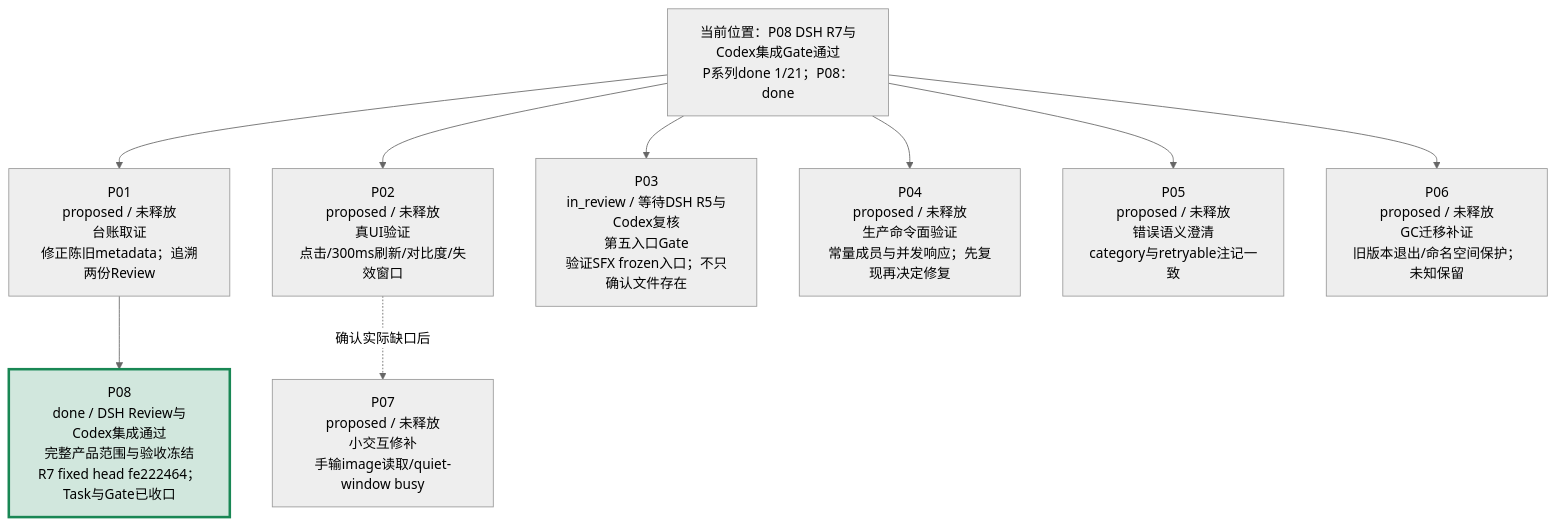
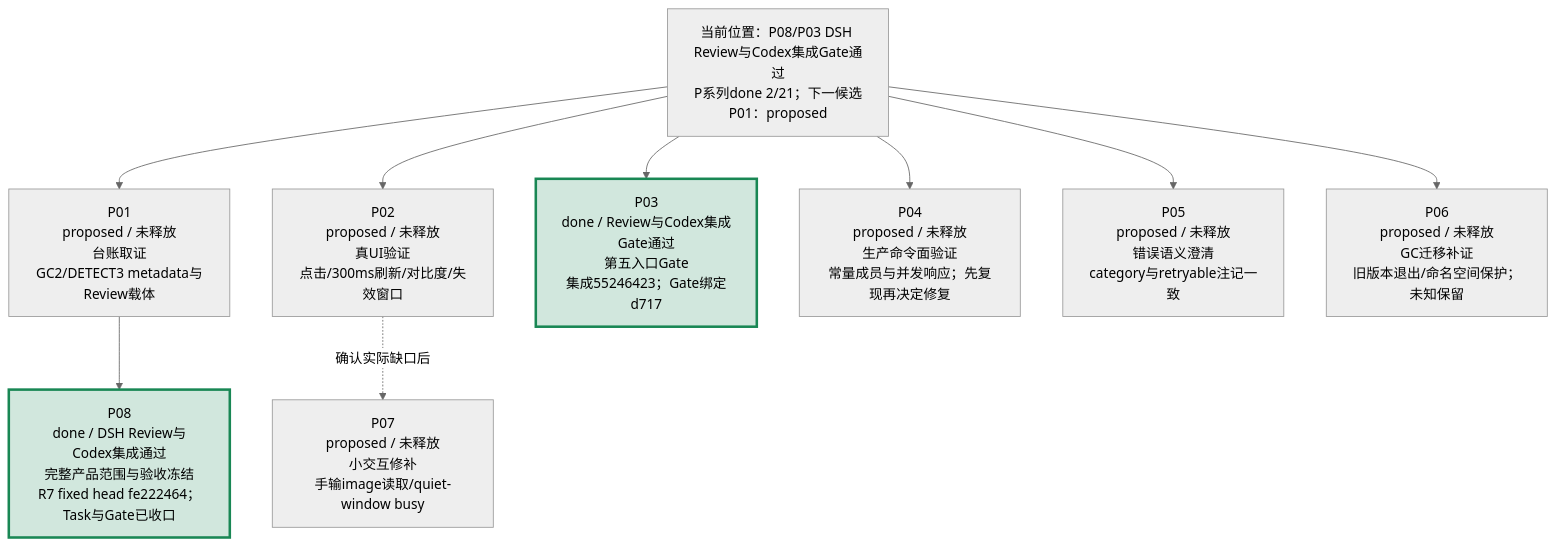
The second of 4 diagrams in verification/PROJECT-ROADMAP-20261008/ROADMAP.md (peakwheat-pixel/New-Manga), drawn with Mermaid (neutral theme) before and after one commit. The commit also changed other lines of this file and 11 other files, not shown here.

````diff
--- a/verification/PROJECT-ROADMAP-20261008/ROADMAP.md
+++ b/verification/PROJECT-ROADMAP-20261008/ROADMAP.md
@@ -30,12 +30,13 @@
 ```mermaid
 flowchart TB
-  BASE["当前位置：P08 DSH R7与Codex集成Gate通过<br/>P系列done 1/21；P08：done"] --> P01["P01<br/>proposed / 未释放<br/>台账取证<br/>修正陈旧metadata；追溯两份Review"]
+  BASE["当前位置：P08/P03 DSH Review与Codex集成Gate通过<br/>P系列done 2/21；下一候选P01：proposed"] --> P01["P01<br/>proposed / 未释放<br/>台账取证<br/>GC2/DETECT3 metadata与Review载体"]
   BASE --> P02["P02<br/>proposed / 未释放<br/>真UI验证<br/>点击/300ms刷新/对比度/失效窗口"]
-  BASE --> P03["P03<br/>in_review / 等待DSH R5与Codex复核<br/>第五入口Gate<br/>验证SFX frozen入口；不只确认文件存在"]
+  BASE --> P03["P03<br/>done / Review与Codex集成Gate通过<br/>第五入口Gate<br/>集成55246423；Gate绑定d717"]
   BASE --> P04["P04<br/>proposed / 未释放<br/>生产命令面验证<br/>常量成员与并发响应；先复现再决定修复"]
   BASE --> P05["P05<br/>proposed / 未释放<br/>错误语义澄清<br/>category与retryable注记一致"]
   BASE --> P06["P06<br/>proposed / 未释放<br/>GC迁移补证<br/>旧版本退出/命名空间保护；未知保留"]
   P02 -. "确认实际缺口后" .-> P07["P07<br/>proposed / 未释放<br/>小交互修补<br/>手输image读取/quiet-window busy"]
   P01 --> P08["P08<br/>done / DSH Review与Codex集成通过<br/>完整产品范围与验收冻结<br/>R7 fixed head fe222464；Task与Gate已收口"]
   style P08 fill:#d1e7dd,stroke:#198754,stroke-width:3px
+  style P03 fill:#d1e7dd,stroke:#198754,stroke-width:3px
 ```
````
